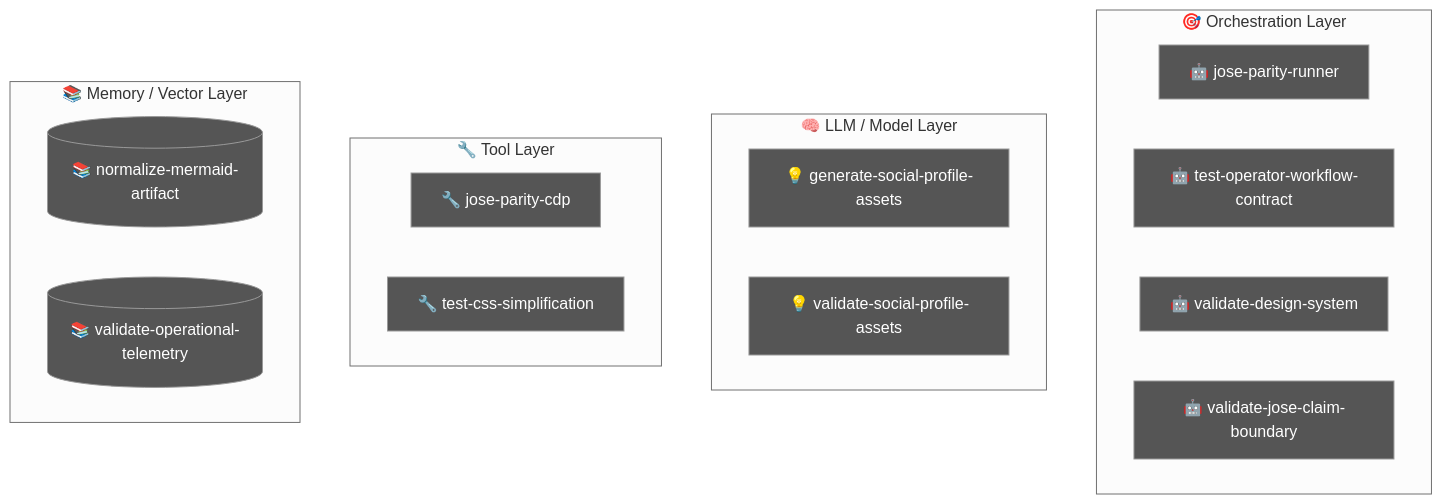
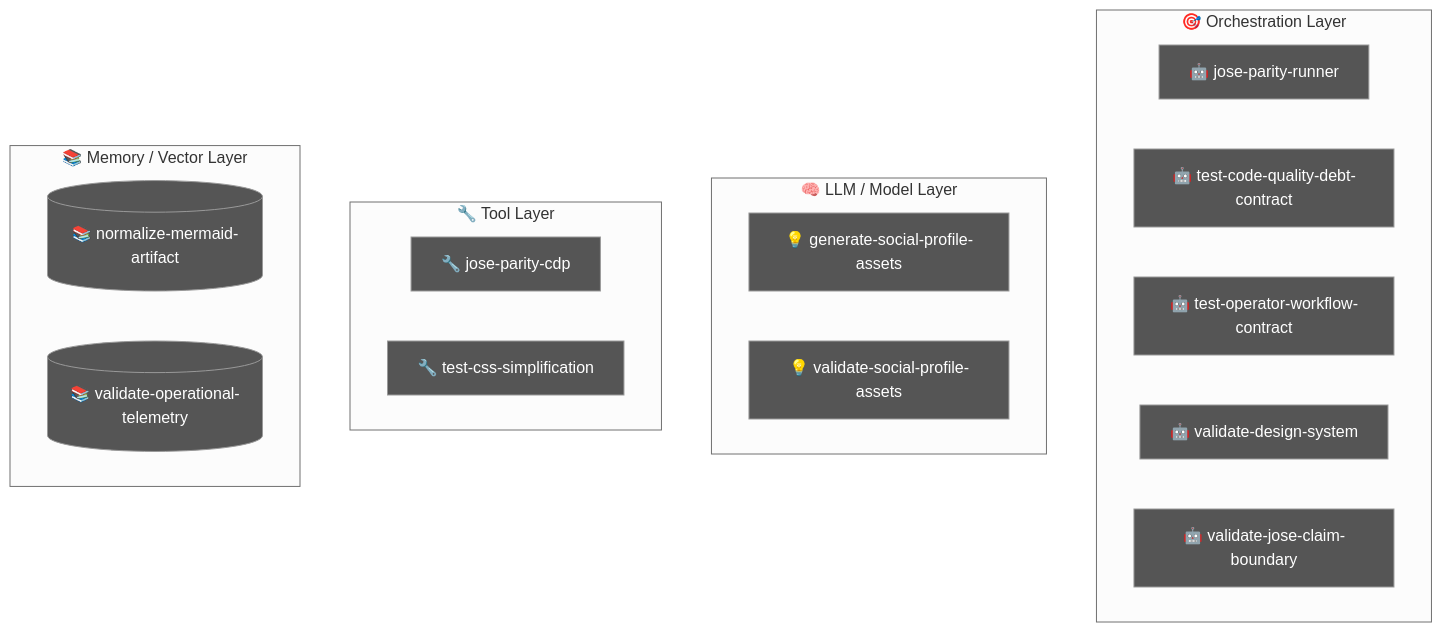
The diagram in .diagram/agent.mmd (jscraik/websites), drawn with Mermaid (neutral theme) before and after one commit. The commit also changed 9 other files, not shown here.

```diff
--- a/.diagram/agent.mmd
+++ b/.diagram/agent.mmd
@@ -1,27 +1,28 @@
 flowchart TD
   subgraph Orchestration["🎯 Orchestration Layer"]
     jose_parity_runner_50cc4344["🤖 jose-parity-runner"]
+    test_code_quality_debt_contract_569cff13["🤖 test-code-quality-debt-contract"]
     test_operator_workflow_contract_b4a152d7["🤖 test-operator-workflow-contract"]
     validate_design_system_b8a5f37c["🤖 validate-design-system"]
     validate_jose_claim_boundary_01082824["🤖 validate-jose-claim-boundary"]
   end
   subgraph LLMLayer["🧠 LLM / Model Layer"]
     generate_social_profile_assets_f4f94011["💡 generate-social-profile-assets"]
     validate_social_profile_assets_a023937b["💡 validate-social-profile-assets"]
   end
   subgraph ToolLayer["🔧 Tool Layer"]
     jose_parity_cdp_bdcde21d["🔧 jose-parity-cdp"]
     test_css_simplification_05516724["🔧 test-css-simplification"]
   end
   subgraph MemoryLayer["📚 Memory / Vector Layer"]
     normalize_mermaid_artifact_9dba7231[("📚 normalize-mermaid-artifact")]
     validate_operational_telemetry_cb447bde[("📚 validate-operational-telemetry")]
   end
   classDef agentNode fill:#555,color:#fff
-  class jose_parity_runner_50cc4344,test_operator_workflow_contract_b4a152d7,validate_design_system_b8a5f37c,validate_jose_claim_boundary_01082824 agentNode
+  class jose_parity_runner_50cc4344,test_code_quality_debt_contract_569cff13,test_operator_workflow_contract_b4a152d7,validate_design_system_b8a5f37c,validate_jose_claim_boundary_01082824 agentNode
   classDef llmNode fill:#555,color:#fff
   class generate_social_profile_assets_f4f94011,validate_social_profile_assets_a023937b llmNode
   classDef toolNode fill:#555,color:#fff
   class jose_parity_cdp_bdcde21d,test_css_simplification_05516724 toolNode
   classDef memNode fill:#555,color:#fff
   class normalize_mermaid_artifact_9dba7231,validate_operational_telemetry_cb447bde memNode
```
